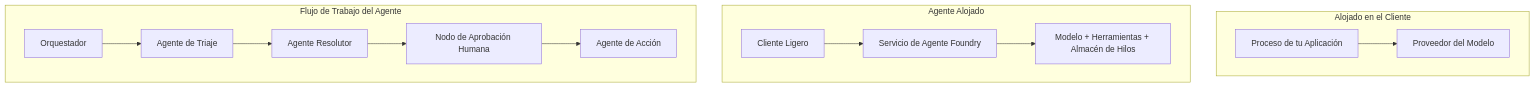
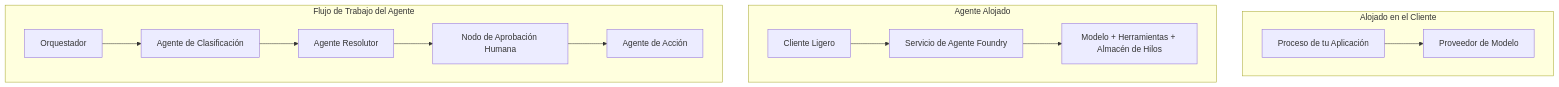
Before and after one commit to gabrielmoreira/agent-skills-mirror: the first of 4 diagrams in mirrors/repos/microsoft@ai-agents-for-beginners/translations/es/16-deploying-scalable-agents/README.md, drawn with Mermaid. The commit also changed other lines of this file and 3581 other files, not shown here.

````diff
--- a/mirrors/repos/microsoft@ai-agents-for-beginners/translations/es/16-deploying-scalable-agents/README.md
+++ b/mirrors/repos/microsoft@ai-agents-for-beginners/translations/es/16-deploying-scalable-agents/README.md
@@ -87,16 +87,16 @@
 ```mermaid
 flowchart TB
     subgraph P1[Alojado en el Cliente]
-        A1[Proceso de tu Aplicación] --> M1[Proveedor del Modelo]
+        A1[Proceso de tu Aplicación] --> M1[Proveedor de Modelo]
     end
     subgraph P2[Agente Alojado]
         A2[Cliente Ligero] --> F2[Servicio de Agente Foundry]
         F2 --> M2[Modelo + Herramientas + Almacén de Hilos]
     end
     subgraph P3[Flujo de Trabajo del Agente]
-        A3[Orquestador] --> S1[Agente de Triaje]
+        A3[Orquestador] --> S1[Agente de Clasificación]
         S1 --> S2[Agente Resolutor]
         S2 --> H[Nodo de Aprobación Humana]
         H --> S3[Agente de Acción]
     end
 ```
````
